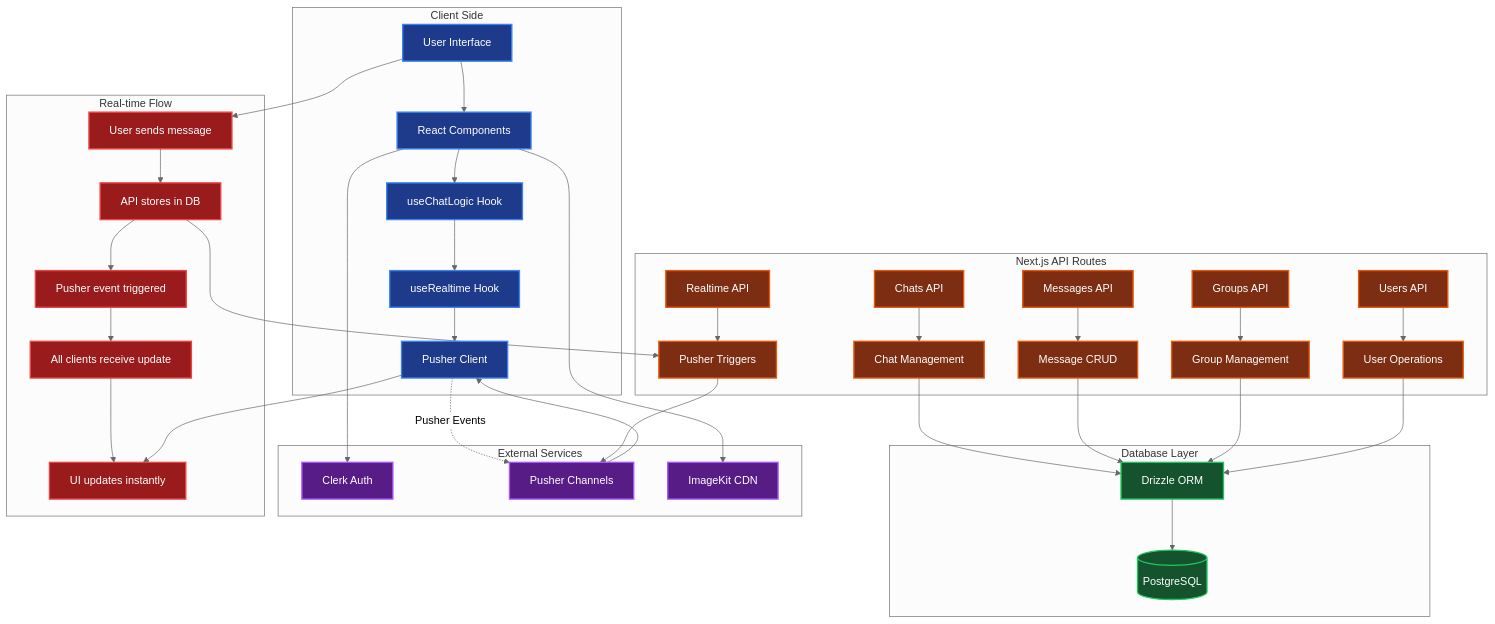
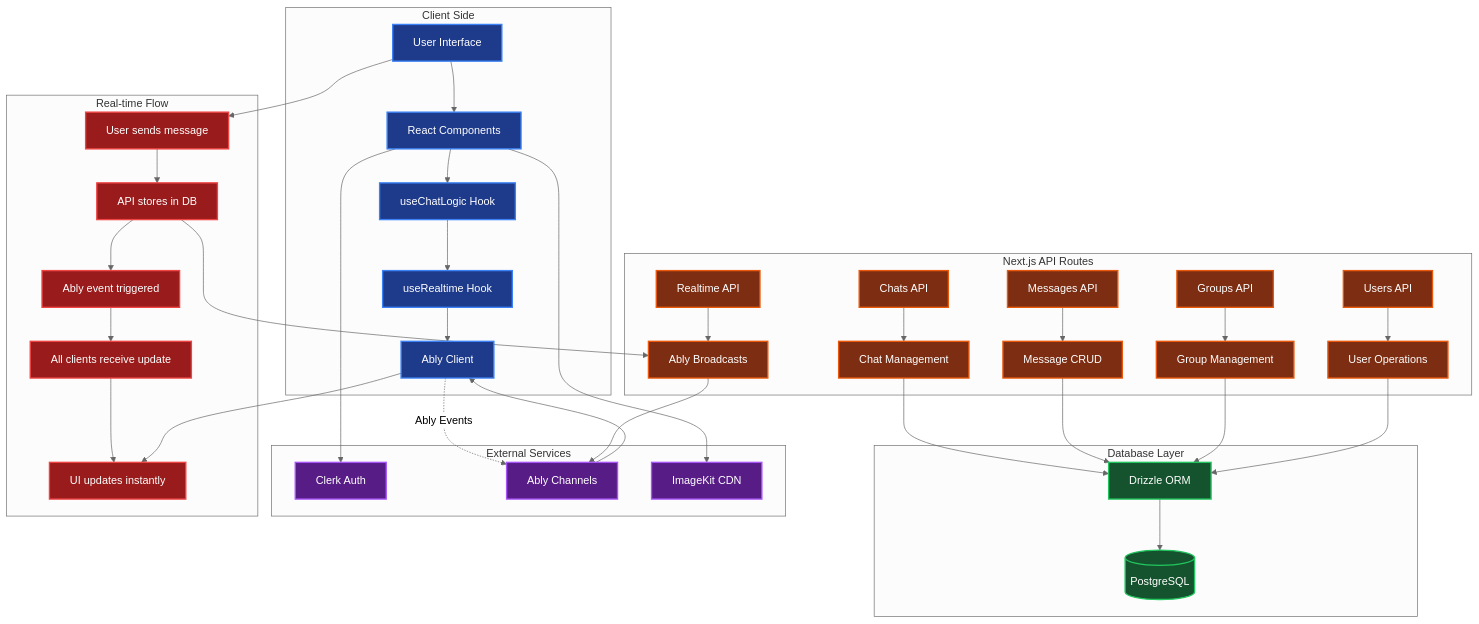
One commit to ateendra24/realtime-chat-nextjs changed the first of 5 diagrams in README.md. Above: the diagram before and after it, drawn with Mermaid (neutral theme). The commit also changed other lines of this file and 3 other files, not shown here.

Commit message:
feat: update documentation and code references from Pusher to Ably for real-time messaging

````diff
--- a/README.md
+++ b/README.md
@@ -13,65 +13,65 @@
 ```mermaid
 graph TB
     subgraph Client ["Client Side"]
         A[React Components] --> B[useChatLogic Hook]
         B --> C[useRealtime Hook]
-        C --> D[Pusher Client]
+        C --> D[Ably Client]
         E[User Interface] --> A
     end
 
     subgraph API ["Next.js API Routes"]
         F[Chats API] --> G[Chat Management]
         H[Messages API] --> I[Message CRUD]
         J[Groups API] --> K[Group Management]
         L[Users API] --> M[User Operations]
-        N[Realtime API] --> O[Pusher Triggers]
+        N[Realtime API] --> O[Ably Broadcasts]
     end
 
     subgraph Database ["Database Layer"]
         P[(PostgreSQL)]
         Q[Drizzle ORM]
         Q --> P
     end
 
     subgraph External ["External Services"]
         R[Clerk Auth]
-        S[Pusher Channels]
+        S[Ably Channels]
         T[ImageKit CDN]
     end
 
     subgraph Realtime ["Real-time Flow"]
         U[User sends message] --> V[API stores in DB]
-        V --> W[Pusher event triggered]
+        V --> W[Ably event triggered]
         W --> X[All clients receive update]
         X --> Y[UI updates instantly]
     end
 
     %% Connections
-    D -.->|Pusher Events| S
+    D -.->|Ably Events| S
     G --> Q
     I --> Q
     K --> Q
     M --> Q
     O --> S
     A --> R
     A --> T
 
     %% Real-time flow connections
     E --> U
     V --> O
     S --> D
     D --> Y
 
     %% Styling
     classDef client fill:#1e3a8a,stroke:#3b82f6,stroke-width:2px,color:#fff
     classDef api fill:#7c2d12,stroke:#ea580c,stroke-width:2px,color:#fff
     classDef db fill:#14532d,stroke:#22c55e,stroke-width:2px,color:#fff
     classDef external fill:#581c87,stroke:#a855f7,stroke-width:2px,color:#fff
     classDef realtime fill:#991b1b,stroke:#ef4444,stroke-width:2px,color:#fff
 
     class A,B,C,D,E client
     class F,G,H,I,J,K,L,M,N,O api
     class P,Q db
     class R,S,T external
     class U,V,W,X,Y realtime
 ```
````
